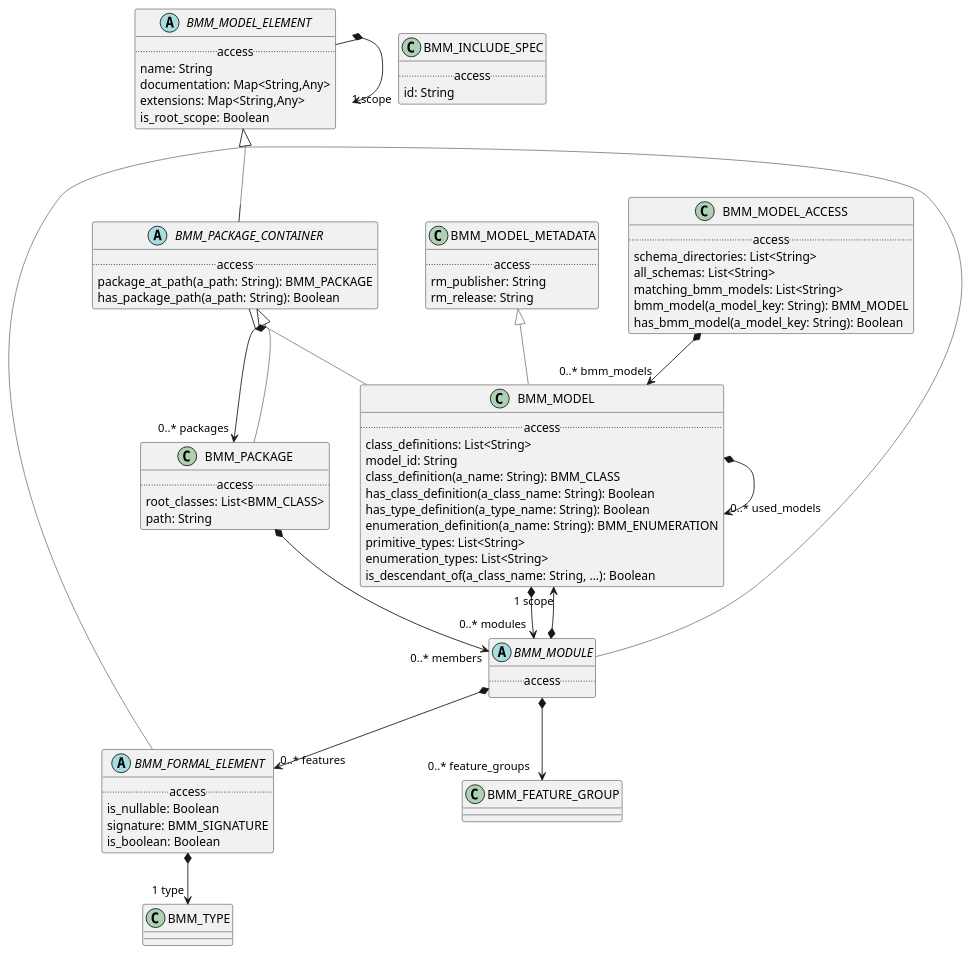
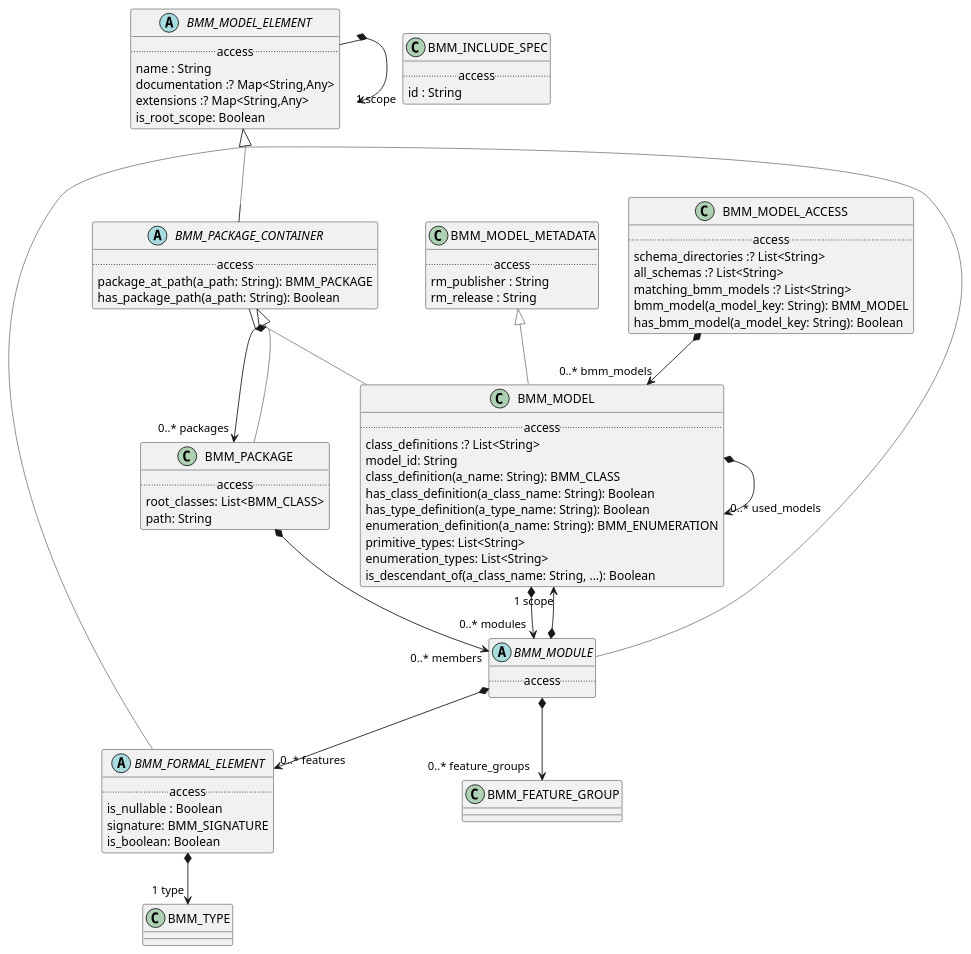
Before and after one commit to wolandscat/openehr-doc: the diagram in modules/ROOT/examples/bmm/languages/bmm/bmm_model/model/model-package-uml.adoc, drawn with PlantUML. The commit also changed 1814 other files, not shown here.

```diff
--- a/modules/ROOT/examples/bmm/languages/bmm/bmm_model/model/model-package-uml.adoc
+++ b/modules/ROOT/examples/bmm/languages/bmm/bmm_model/model/model-package-uml.adoc
@@ -8,7 +8,7 @@
 
 class BMM_MODEL [[/openehr-doc/latest/languages/bmm-gen.html#_class_bmm_model]] {
         .. access ..
-        class_definitions: List<String>
+        class_definitions :? List<String>
         model_id: String
         class_definition(a_name: String): BMM_CLASS
         has_class_definition(a_class_name: String): Boolean
@@ -31,24 +31,22 @@
 
 class BMM_MODEL_ACCESS [[/openehr-doc/latest/languages/bmm-gen.html#_class_bmm_model_access]] {
         .. access ..
-        schema_directories: List<String>
-        all_schemas: List<String>
-        matching_bmm_models: List<String>
+        schema_directories :? List<String>
+        all_schemas :? List<String>
+        matching_bmm_models :? List<String>
         bmm_model(a_model_key: String): BMM_MODEL
         has_bmm_model(a_model_key: String): Boolean
 }
-
 
 BMM_MODEL_ACCESS *--> "0..* bmm_models" BMM_MODEL
 
 abstract class BMM_MODEL_ELEMENT [[/openehr-doc/latest/languages/bmm-gen.html#_class_bmm_model_element]] {
         .. access ..
-        name: String
-        documentation: Map<String,Any>
-        extensions: Map<String,Any>
+        name : String
+        documentation :? Map<String,Any>
+        extensions :? Map<String,Any>
         is_root_scope: Boolean
 }
-
 
 BMM_MODEL_ELEMENT *--> "1 scope" BMM_MODEL_ELEMENT
 
@@ -65,7 +63,7 @@
 
 abstract class BMM_FORMAL_ELEMENT [[/openehr-doc/latest/languages/bmm-gen.html#_class_bmm_formal_element]] {
         .. access ..
-        is_nullable: Boolean
+        is_nullable : Boolean
         signature: BMM_SIGNATURE
         is_boolean: Boolean
 }
@@ -88,16 +86,14 @@
 
 class BMM_INCLUDE_SPEC [[/openehr-doc/latest/languages/bmm-gen.html#_class_bmm_include_spec]] {
         .. access ..
-        id: String
+        id : String
 }
-
 
 class BMM_MODEL_METADATA [[/openehr-doc/latest/languages/bmm-gen.html#_class_bmm_model_metadata]] {
         .. access ..
-        rm_publisher: String
-        rm_release: String
+        rm_publisher : String
+        rm_release : String
 }
-
 
 abstract class BMM_MODULE [[/openehr-doc/latest/languages/bmm-gen.html#_class_bmm_module]] {
         .. access ..
```
